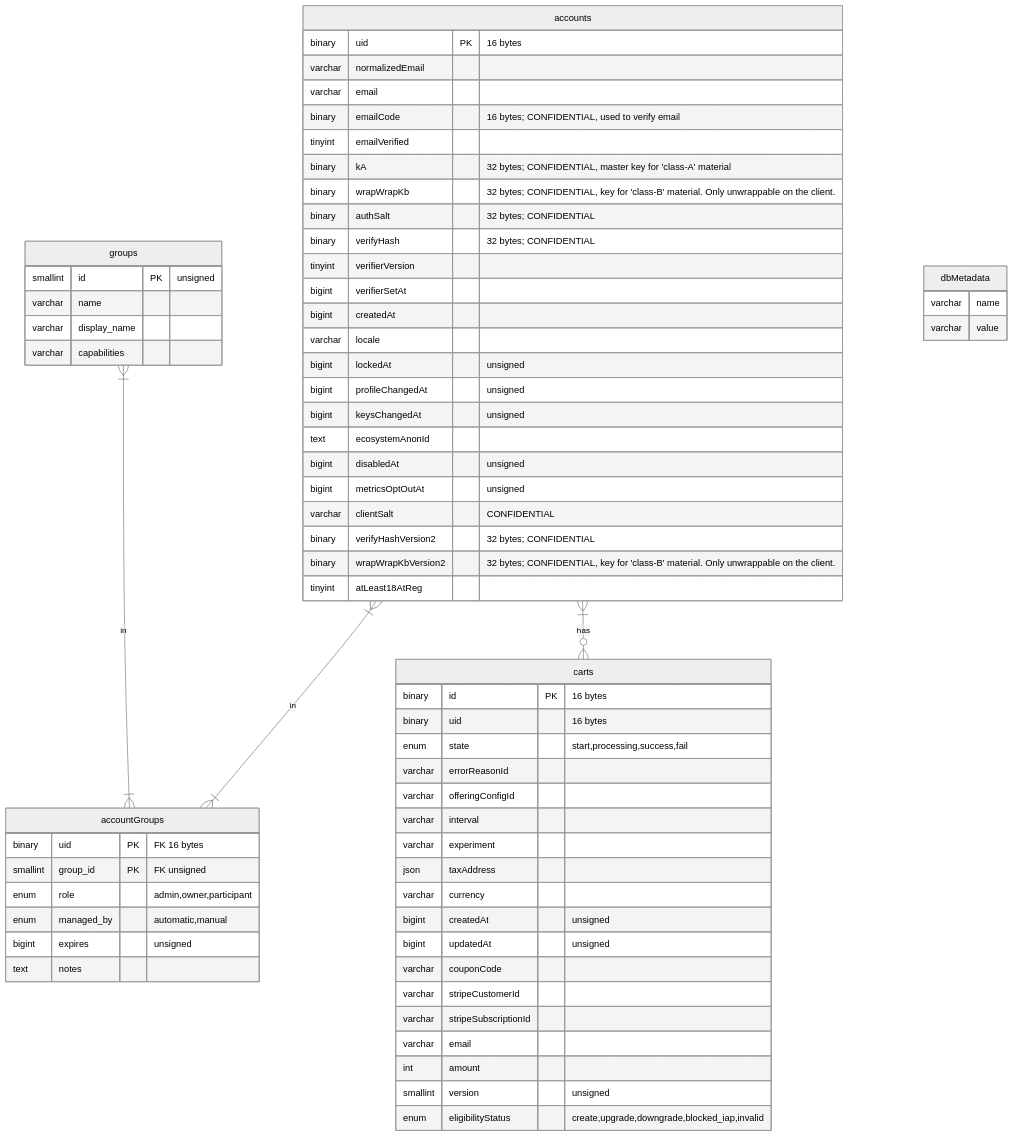
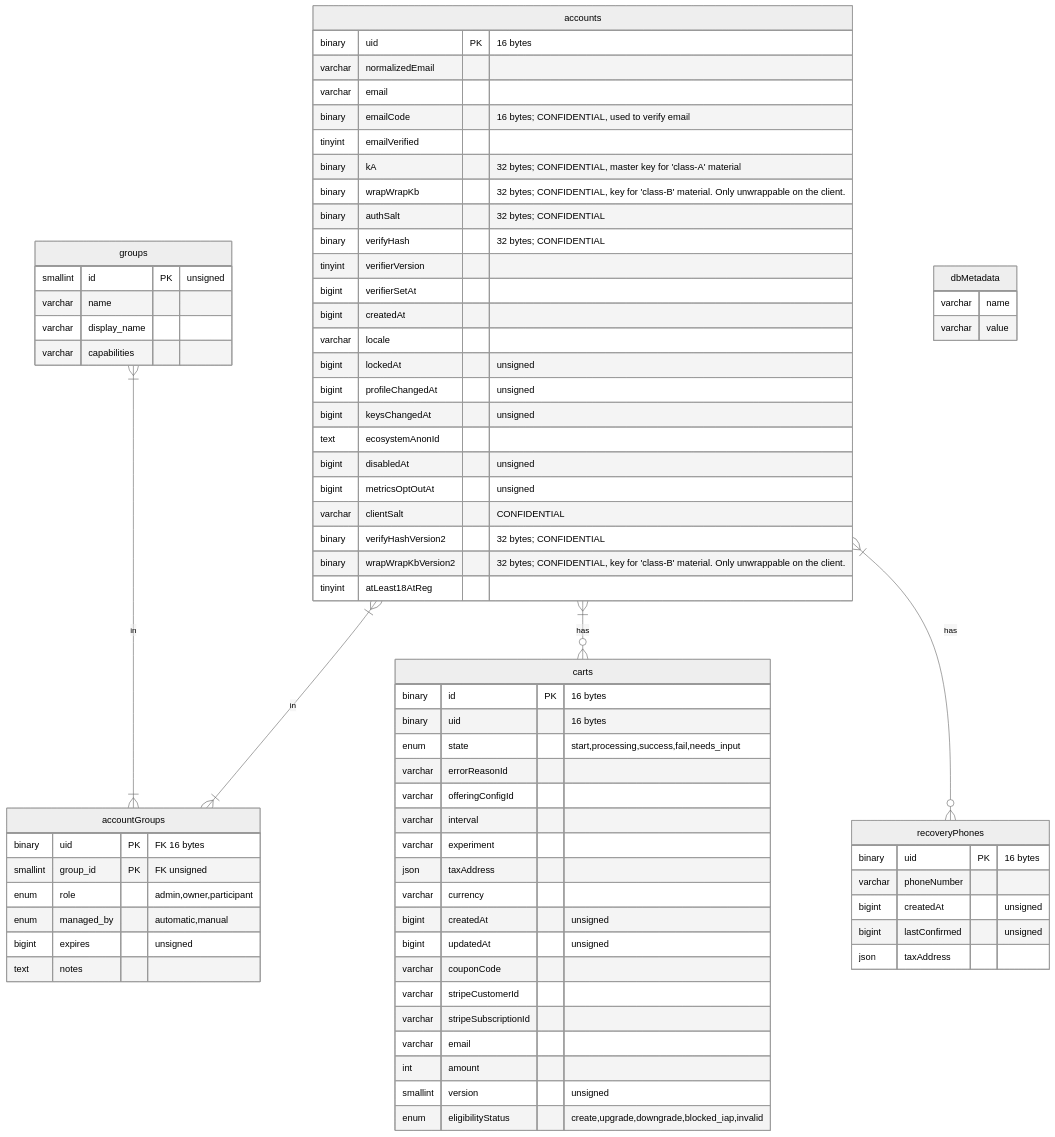
The second of 18 diagrams in docs/reference/database-structure.md (mozilla/ecosystem-platform), drawn with Mermaid (neutral theme) before and after one commit. The commit also changed other lines of this file, not shown here.

Commit message:
update db structure

````diff
--- a/docs/reference/database-structure.md
+++ b/docs/reference/database-structure.md
@@ -41,69 +44,77 @@
 ```mermaid
 erDiagram
     accounts {
         binary uid PK "16 bytes"
         varchar normalizedEmail
         varchar email
         binary emailCode "16 bytes; CONFIDENTIAL, used to verify email"
         tinyint emailVerified
         binary kA "32 bytes; CONFIDENTIAL, master key for 'class-A' material"
         binary wrapWrapKb "32 bytes; CONFIDENTIAL, key for 'class-B' material. Only unwrappable on the client."
         binary authSalt "32 bytes; CONFIDENTIAL"
         binary verifyHash "32 bytes; CONFIDENTIAL"
         tinyint verifierVersion
         bigint verifierSetAt
         bigint createdAt
         varchar locale
         bigint lockedAt "unsigned"
         bigint profileChangedAt "unsigned"
         bigint keysChangedAt "unsigned"
         text ecosystemAnonId
         bigint disabledAt "unsigned"
         bigint metricsOptOutAt "unsigned"
         varchar clientSalt "CONFIDENTIAL"
         binary verifyHashVersion2 "32 bytes; CONFIDENTIAL"
         binary wrapWrapKbVersion2 "32 bytes; CONFIDENTIAL, key for 'class-B' material. Only unwrappable on the client."
         tinyint atLeast18AtReg
     }
     accounts }|--|{ accountGroups: in
     groups }|--|{ accountGroups: in
     accountGroups {
         binary uid PK "FK 16 bytes"
         smallint group_id PK "FK unsigned"
         enum role "admin,owner,participant"
         enum managed_by "automatic,manual"
         bigint expires "unsigned"
         text notes
     }
     accounts }|--o{ carts: has
     carts {
         binary id PK "16 bytes"
         binary uid "16 bytes"
-        enum state "start,processing,success,fail"
+        enum state "start,processing,success,fail,needs_input"
         varchar errorReasonId
         varchar offeringConfigId
         varchar interval
         varchar experiment
         json taxAddress
         varchar currency
         bigint createdAt "unsigned"
         bigint updatedAt "unsigned"
         varchar couponCode
         varchar stripeCustomerId
         varchar stripeSubscriptionId
         varchar email
         int amount
         smallint version "unsigned"
         enum eligibilityStatus "create,upgrade,downgrade,blocked_iap,invalid"
     }
+    accounts }|--o{ recoveryPhones: has
+    recoveryPhones {
+        binary uid PK "16 bytes"
+        varchar phoneNumber
+        bigint createdAt "unsigned"
+        bigint lastConfirmed "unsigned"
+        json taxAddress
+    }
     dbMetadata {
         varchar name
         varchar value
     }
     groups {
         smallint id PK "unsigned"
         varchar name
         varchar display_name
         varchar capabilities
     }
 ```
````
